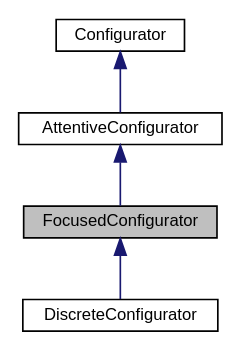
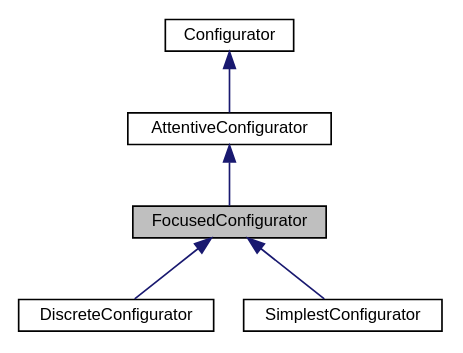
Before and after one commit to YangZhang-001/bratmobile: the diagram in classFocusedConfigurator__inherit__graph.dot, drawn with Graphviz. The commit also changed 73 other files, not shown here.

```diff
--- a/classFocusedConfigurator__inherit__graph.dot
+++ b/classFocusedConfigurator__inherit__graph.dot
@@ -1,13 +1,15 @@
 digraph "FocusedConfigurator"
 {
  // LATEX_PDF_SIZE
   edge [fontname="Helvetica",fontsize="10",labelfontname="Helvetica",labelfontsize="10"];
   node [fontname="Helvetica",fontsize="10",shape=record];
   Node1 [label="FocusedConfigurator",height=0.2,width=0.4,color="black", fillcolor="grey75", style="filled", fontcolor="black",tooltip="Configurator that only replans if the current task fails."];
   Node2 -> Node1 [dir="back",color="midnightblue",fontsize="10",style="solid",fontname="Helvetica"];
   Node2 [label="AttentiveConfigurator",height=0.2,width=0.4,color="black", fillcolor="white", style="filled",URL="$classAttentiveConfigurator.html",tooltip="Configurator with long-range planning. It explores transitions out of a state until a DEFAULT Task is..."];
   Node3 -> Node2 [dir="back",color="midnightblue",fontsize="10",style="solid",fontname="Helvetica"];
   Node3 [label="Configurator",height=0.2,width=0.4,color="black", fillcolor="white", style="filled",URL="$classConfigurator.html",tooltip=" "];
   Node1 -> Node4 [dir="back",color="midnightblue",fontsize="10",style="solid",fontname="Helvetica"];
   Node4 [label="DiscreteConfigurator",height=0.2,width=0.4,color="black", fillcolor="white", style="filled",URL="$classDiscreteConfigurator.html",tooltip="Configurator that discretises DEFAULT tasks into fixed-length segments. Basically,..."];
+  Node1 -> Node5 [dir="back",color="midnightblue",fontsize="10",style="solid",fontname="Helvetica"];
+  Node5 [label="SimplestConfigurator",height=0.2,width=0.4,color="black", fillcolor="white", style="filled",URL="$classSimplestConfigurator.html",tooltip="Plans by simply looking ahead at the possible Tasks and choosing the best sequence...."];
 }
```
